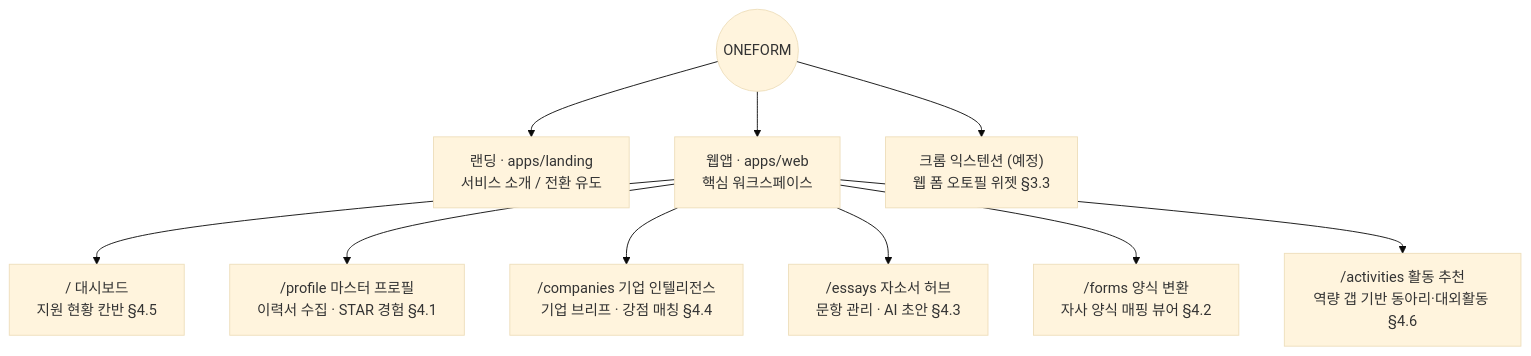
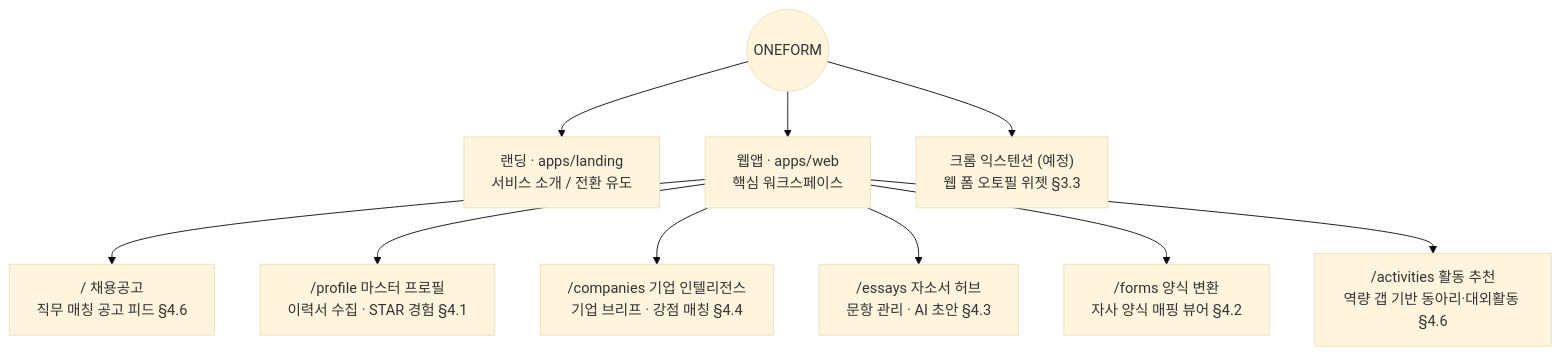
Before and after one commit to kimtaejin3/one-form: the first of 2 diagrams in docs/IA.md, drawn with Mermaid (base theme). The commit also changed other lines of this file, not shown here.

Commit message:
docs(repo): IA를 채용공고 기준으로 갱신

````diff
--- a/docs/IA.md
+++ b/docs/IA.md
@@ -7,14 +7,14 @@
 ```mermaid
 flowchart TD
     ONEFORM((ONEFORM))
     ONEFORM --> LANDING["랜딩 · apps/landing<br/>서비스 소개 / 전환 유도"]
     ONEFORM --> WEB["웹앱 · apps/web<br/>핵심 워크스페이스"]
     ONEFORM --> EXT["크롬 익스텐션 (예정)<br/>웹 폼 오토필 위젯 §3.3"]
 
-    WEB --> DASH["/ 대시보드<br/>지원 현황 칸반 §4.5"]
+    WEB --> JOBS["/ 채용공고<br/>직무 매칭 공고 피드 §4.6"]
     WEB --> PROFILE["/profile 마스터 프로필<br/>이력서 수집 · STAR 경험 §4.1"]
     WEB --> COMPANY["/companies 기업 인텔리전스<br/>기업 브리프 · 강점 매칭 §4.4"]
     WEB --> ESSAY["/essays 자소서 허브<br/>문항 관리 · AI 초안 §4.3"]
     WEB --> FORMS["/forms 양식 변환<br/>자사 양식 매핑 뷰어 §4.2"]
     WEB --> ACT["/activities 활동 추천<br/>역량 갭 기반 동아리·대외활동 §4.6"]
 ```
````
